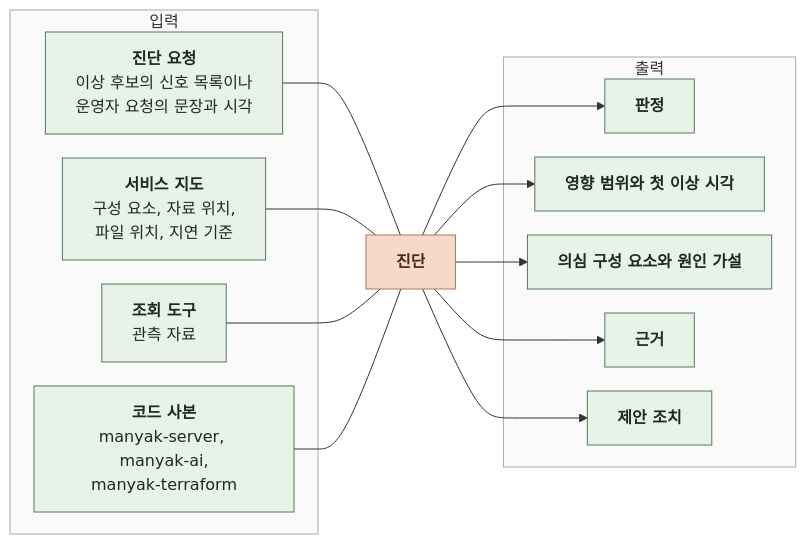
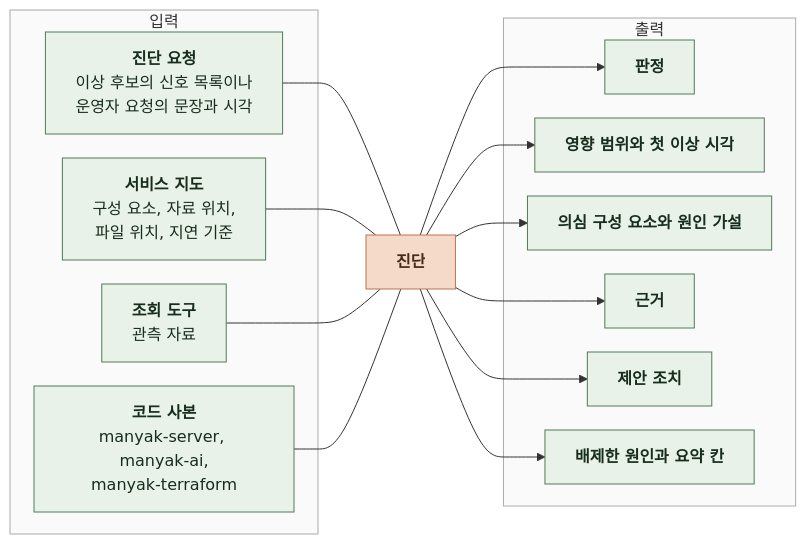
Before and after one commit to KIM-N-KANG/knk-harness: the second of 3 diagrams in docs/domain/OBSERVABILITY/AI/3-TASK-DEFINITION.md, drawn with Mermaid. The commit also changed other lines of this file and 13 other files, not shown here.

````diff
--- a/docs/domain/OBSERVABILITY/AI/3-TASK-DEFINITION.md
+++ b/docs/domain/OBSERVABILITY/AI/3-TASK-DEFINITION.md
@@ -103,40 +103,42 @@
 ```mermaid
 %%{init: {"flowchart": {"curve": "basis", "nodeSpacing": 24, "rankSpacing": 48}}}%%
 flowchart LR
     subgraph IN["입력"]
         C["`**진단 요청**
 이상 후보의 신호 목록이나
 운영자 요청의 문장과 시각`"]
         S["`**서비스 지도**
 구성 요소, 자료 위치,
 파일 위치, 지연 기준`"]
         T["`**조회 도구**
 관측 자료`"]
         K["`**코드 사본**
 manyak-server, manyak-ai,
 manyak-terraform`"]
     end
     A["`**진단**`"]
     subgraph OUT["출력"]
         V["`**판정**`"]
         I["`**영향 범위와 첫 이상 시각**`"]
         P["`**의심 구성 요소와 원인 가설**`"]
         E["`**근거**`"]
         X["`**제안 조치**`"]
+        H["`**배제한 원인과 요약 칸**`"]
     end
     C --- A
     S --- A
     T --- A
     K --- A
     A --> V
     A --> I
     A --> P
     A --> E
     A --> X
+    A --> H
     classDef data fill:#E8F2E8,stroke:#527A59,color:#182D1D
     classDef model fill:#F5D9C9,stroke:#B97450,color:#452B1D
-    class C,S,T,K,V,I,P,E,X data
+    class C,S,T,K,V,I,P,E,X,H data
     class A model
     style IN fill:#FAFAFA,stroke:#AAAAAA
     style OUT fill:#FAFAFA,stroke:#AAAAAA
 ```
````
